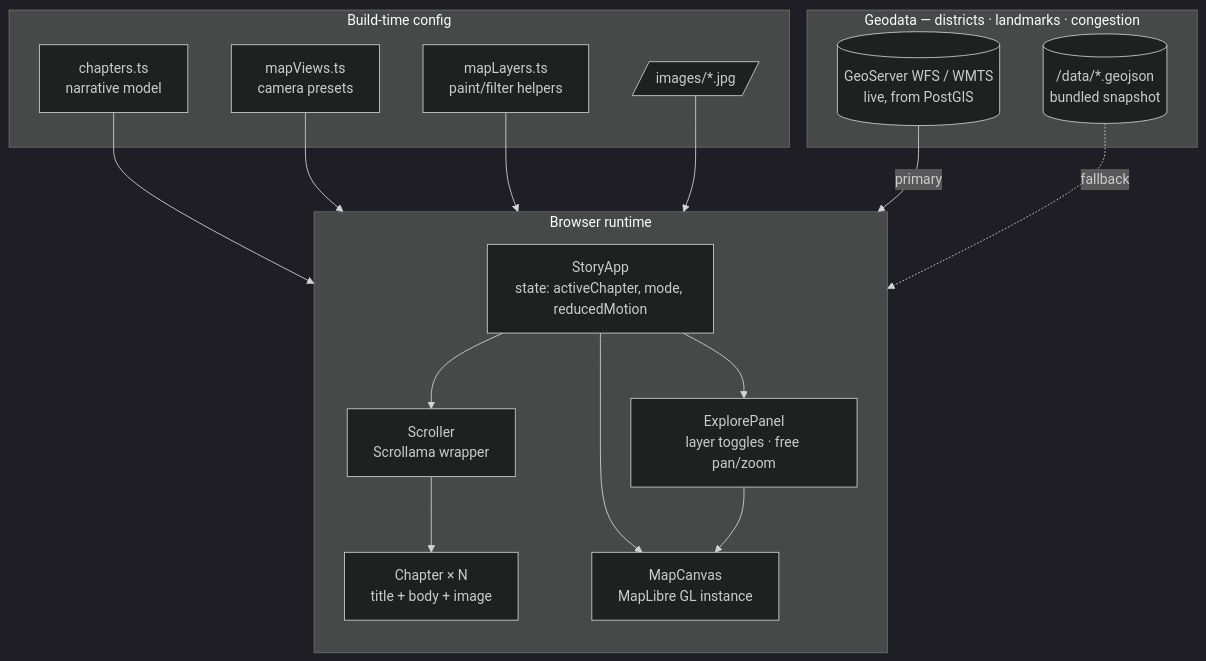
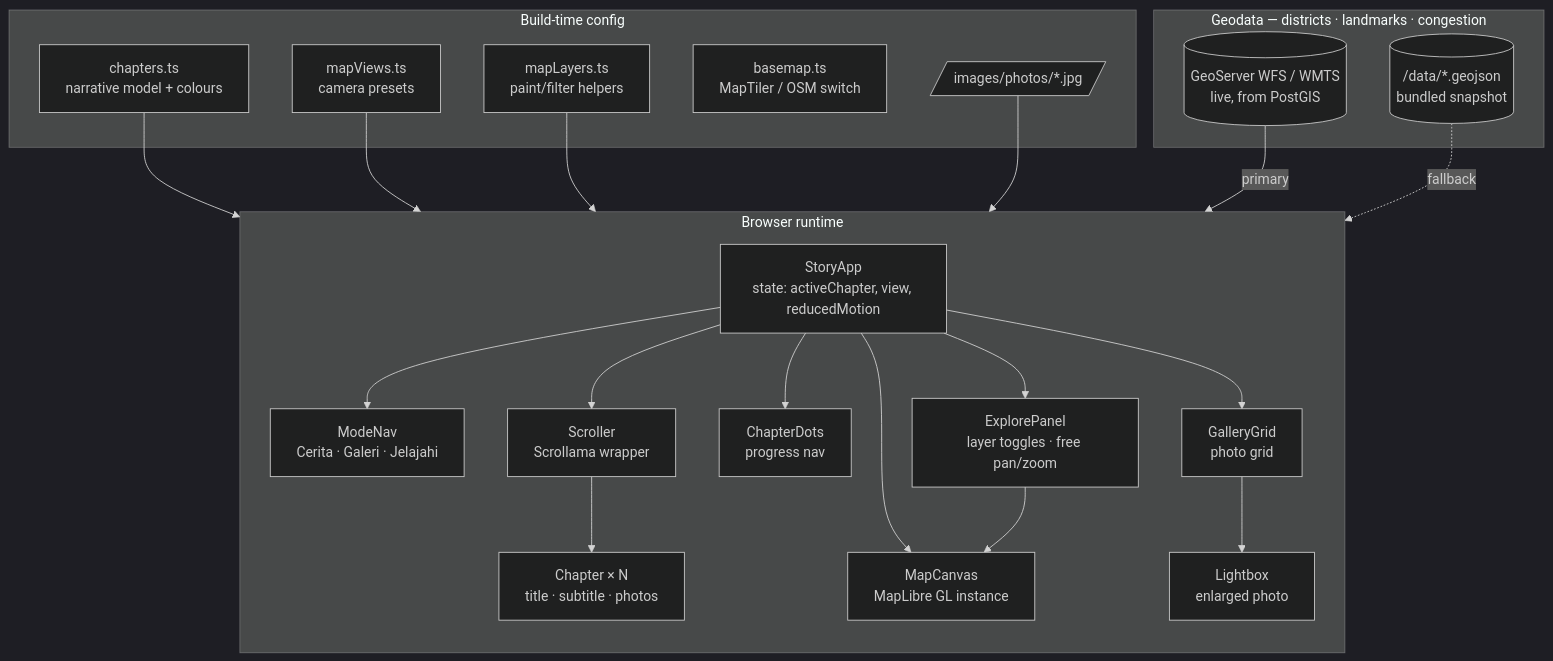
The second of 11 diagrams in docs/architecture.md (mahardisetyoso/jkt-webgis-catalyze), drawn with Mermaid (dark theme) before and after one commit. The commit also changed other lines of this file and 1 other file, not shown here.

Commit message:
docs: sync architecture + README with Gallery mode and current components

````diff
--- a/docs/architecture.md
+++ b/docs/architecture.md
@@ -74,35 +74,44 @@
 ```mermaid
 flowchart TB
     subgraph browser[Browser runtime]
         direction TB
-        story[StoryApp<br/>state: activeChapter, mode, reducedMotion]
+        story[StoryApp<br/>state: activeChapter, view, reducedMotion]
+        nav[ModeNav<br/>Cerita · Galeri · Jelajahi]
         scroller[Scroller<br/>Scrollama wrapper]
-        chapter[Chapter × N<br/>title + body + image]
+        chapter[Chapter × N<br/>title · subtitle · photos]
+        dots[ChapterDots<br/>progress nav]
         map[MapCanvas<br/>MapLibre GL instance]
         explore[ExplorePanel<br/>layer toggles · free pan/zoom]
+        gallery[GalleryGrid<br/>photo grid]
+        lightbox[Lightbox<br/>enlarged photo]
+        story --> nav
         story --> scroller
         scroller --> chapter
+        story --> dots
         story --> map
         story --> explore
         explore --> map
+        story --> gallery
+        gallery --> lightbox
     end
 
     subgraph config[Build-time config]
-        chapters[chapters.ts<br/>narrative model]
+        chapters[chapters.ts<br/>narrative model + colours]
         views[mapViews.ts<br/>camera presets]
         layers[mapLayers.ts<br/>paint/filter helpers]
-        images[/images/*.jpg/]
+        basemap[basemap.ts<br/>MapTiler / OSM switch]
+        images[/images/photos/*.jpg/]
     end
 
     subgraph data[Geodata — districts · landmarks · congestion]
         live[(GeoServer WFS / WMTS<br/>live, from PostGIS)]
         snap[(/data/*.geojson<br/>bundled snapshot)]
     end
 
     chapters --> story
     views --> story
     layers --> map
     live -->|primary| map
     snap -.->|fallback| map
     images --> chapter
 ```
````
